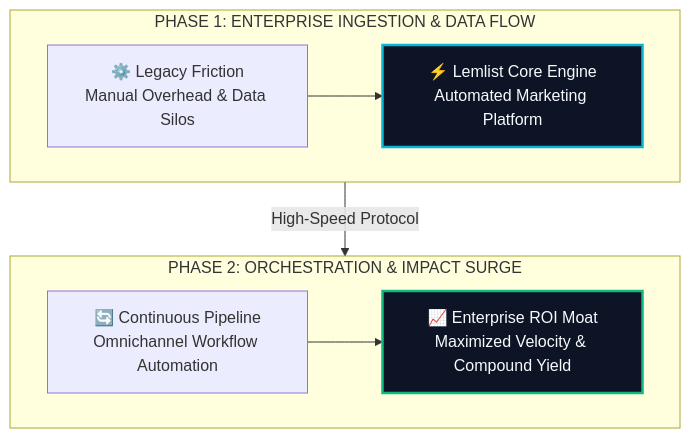
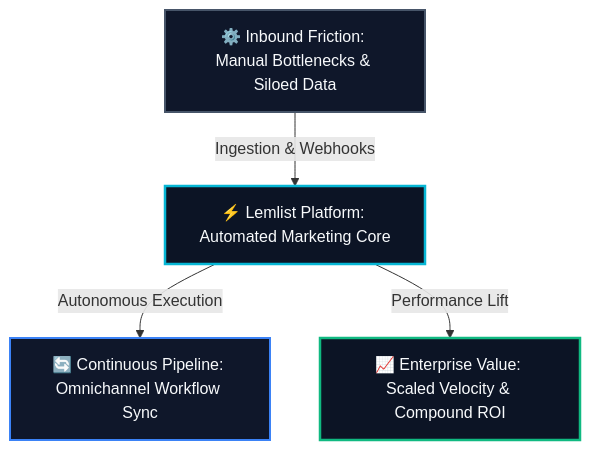
Before and after one commit to heliatech-media/saas-radar: the diagram in site/src/content/blog/lemlist-evolution-guide-2026.md, drawn with Mermaid. The commit also changed 93 other files, not shown here.

First line of the commit message:
fix(diagrams): resolve dagre-d3 subgraph collision by migrating to balanced 3-tier Hub & Spoke architecture

````diff
--- a/site/src/content/blog/lemlist-evolution-guide-2026.md
+++ b/site/src/content/blog/lemlist-evolution-guide-2026.md
@@ -55,14 +55,14 @@
 ```mermaid
 flowchart TD
-    subgraph S1["PHASE 1: ENTERPRISE INGESTION & DATA FLOW"]
-        direction LR
-        A["⚙️ Legacy Friction<br/>Manual Overhead & Data Silos"] --> B["⚡ Lemlist Core Engine<br/>Automated Marketing Platform"]
-    end
-    subgraph S2["PHASE 2: ORCHESTRATION & IMPACT SURGE"]
-        direction LR
-        C["🔄 Continuous Pipeline<br/>Omnichannel Workflow Automation"] --> D["📈 Enterprise ROI Moat<br/>Maximized Velocity & Compound Yield"]
-    end
-    S1 -->|High-Speed Protocol| S2
-    style B fill:#0c1425,stroke:#06b6d4,stroke-width:2.5px,color:#f8fafc
-    style D fill:#0c1425,stroke:#10b981,stroke-width:2.5px,color:#f8fafc
+    Inp["⚙️ Inbound Friction: Manual Bottlenecks & Siloed Data"]
+    Eng["⚡ Lemlist Platform: Automated Marketing Core"]
+    Out1["🔄 Continuous Pipeline: Omnichannel Workflow Sync"]
+    Out2["📈 Enterprise Value: Scaled Velocity & Compound ROI"]
+    Inp -->|Ingestion & Webhooks| Eng
+    Eng -->|Autonomous Execution| Out1
+    Eng -->|Performance Lift| Out2
+    style Inp fill:#0f172a,stroke:#475569,stroke-width:2px,color:#f8fafc
+    style Eng fill:#0c1425,stroke:#06b6d4,stroke-width:2.5px,color:#f8fafc
+    style Out1 fill:#0f172a,stroke:#3b82f6,stroke-width:2px,color:#f8fafc
+    style Out2 fill:#0c1425,stroke:#10b981,stroke-width:2.5px,color:#f8fafc
 ```
````
